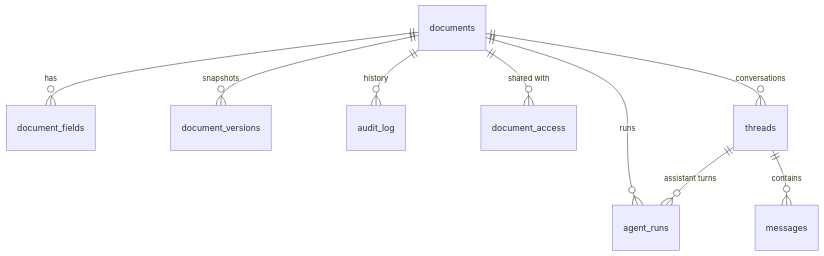
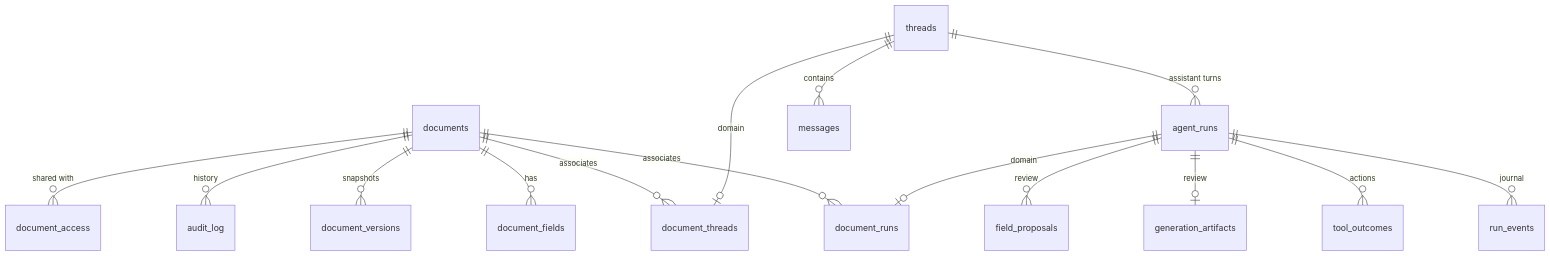
Before and after one commit to vb-dbrks/fde-quickstart: the diagram in docs/content/architecture/data-model.md, drawn with Mermaid. The commit also changed other lines of this file and 83 other files, not shown here.

Commit message:
feat: add reusable AG-UI starter with chat, generation and document examples

````diff
--- a/docs/content/architecture/data-model.md
+++ b/docs/content/architecture/data-model.md
@@ -10,11 +10,17 @@
 ```mermaid
 erDiagram
     documents ||--o{ document_fields : has
     documents ||--o{ document_versions : snapshots
     documents ||--o{ audit_log : history
     documents ||--o{ document_access : "shared with"
-    documents ||--o{ agent_runs : runs
-    documents ||--o{ threads : conversations
+    documents ||--o{ document_runs : associates
+    agent_runs ||--o| document_runs : domain
+    documents ||--o{ document_threads : associates
+    threads ||--o| document_threads : domain
+    agent_runs ||--o{ run_events : journal
+    agent_runs ||--o{ tool_outcomes : actions
+    agent_runs ||--o| generation_artifacts : review
+    agent_runs ||--o{ field_proposals : review
     threads ||--o{ messages : contains
     threads ||--o{ agent_runs : "assistant turns"
 ```
````
